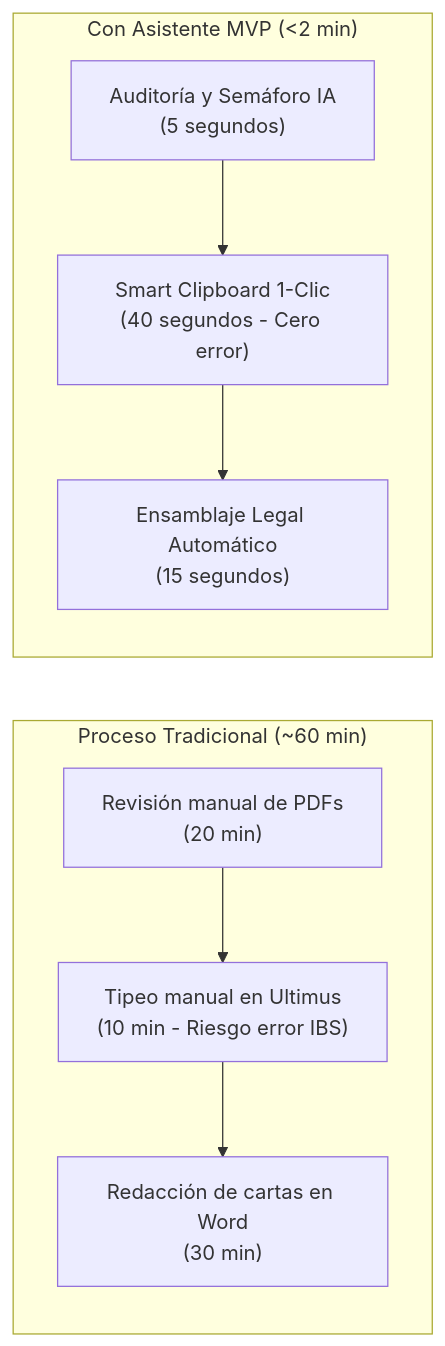
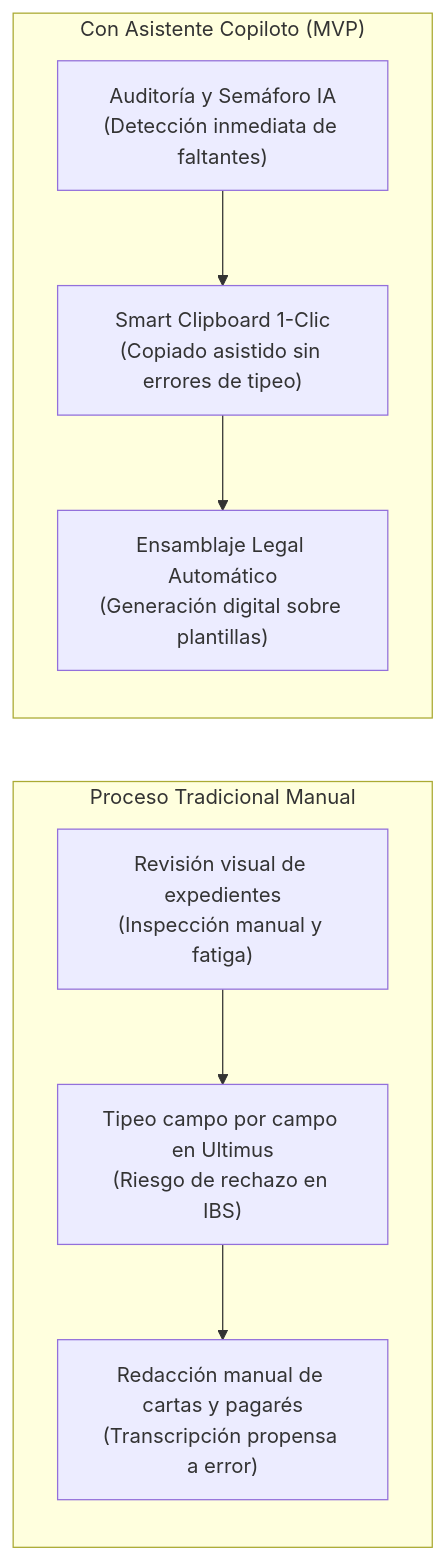
Before and after one commit to RBlasser/cda-celulas: the first of 4 diagrams in formalizacion-pp/design/diseno-arquitectura-asistente-formalizacion.md, drawn with Mermaid. The commit also changed other lines of this file and 1 other file, not shown here.

````diff
--- a/formalizacion-pp/design/diseno-arquitectura-asistente-formalizacion.md
+++ b/formalizacion-pp/design/diseno-arquitectura-asistente-formalizacion.md
@@ -33,14 +33,14 @@
 ```mermaid
 flowchart LR
-    subgraph ANTES ["Proceso Tradicional (~60 min)"]
+    subgraph ANTES ["Proceso Tradicional Manual"]
         direction TB
-        A1["Revisión manual de PDFs<br>(20 min)"] --> A2["Tipeo manual en Ultimus<br>(10 min - Riesgo error IBS)"]
-        A2 --> A3["Redacción de cartas en Word<br>(30 min)"]
+        A1["Revisión visual de expedientes<br>(Inspección manual y fatiga)"] --> A2["Tipeo campo por campo en Ultimus<br>(Riesgo de rechazo en IBS)"]
+        A2 --> A3["Redacción manual de cartas y pagarés<br>(Transcripción propensa a error)"]
     end
 
-    subgraph DESPUES ["Con Asistente MVP (<2 min)"]
+    subgraph DESPUES ["Con Asistente Copiloto (MVP)"]
         direction TB
-        B1["Auditoría y Semáforo IA<br>(5 segundos)"] --> B2["Smart Clipboard 1-Clic<br>(40 segundos - Cero error)"]
-        B2 --> B3["Ensamblaje Legal Automático<br>(15 segundos)"]
+        B1["Auditoría y Semáforo IA<br>(Detección inmediata de faltantes)"] --> B2["Smart Clipboard 1-Clic<br>(Copiado asistido sin errores de tipeo)"]
+        B2 --> B3["Ensamblaje Legal Automático<br>(Generación digital sobre plantillas)"]
     end
 ```
````
